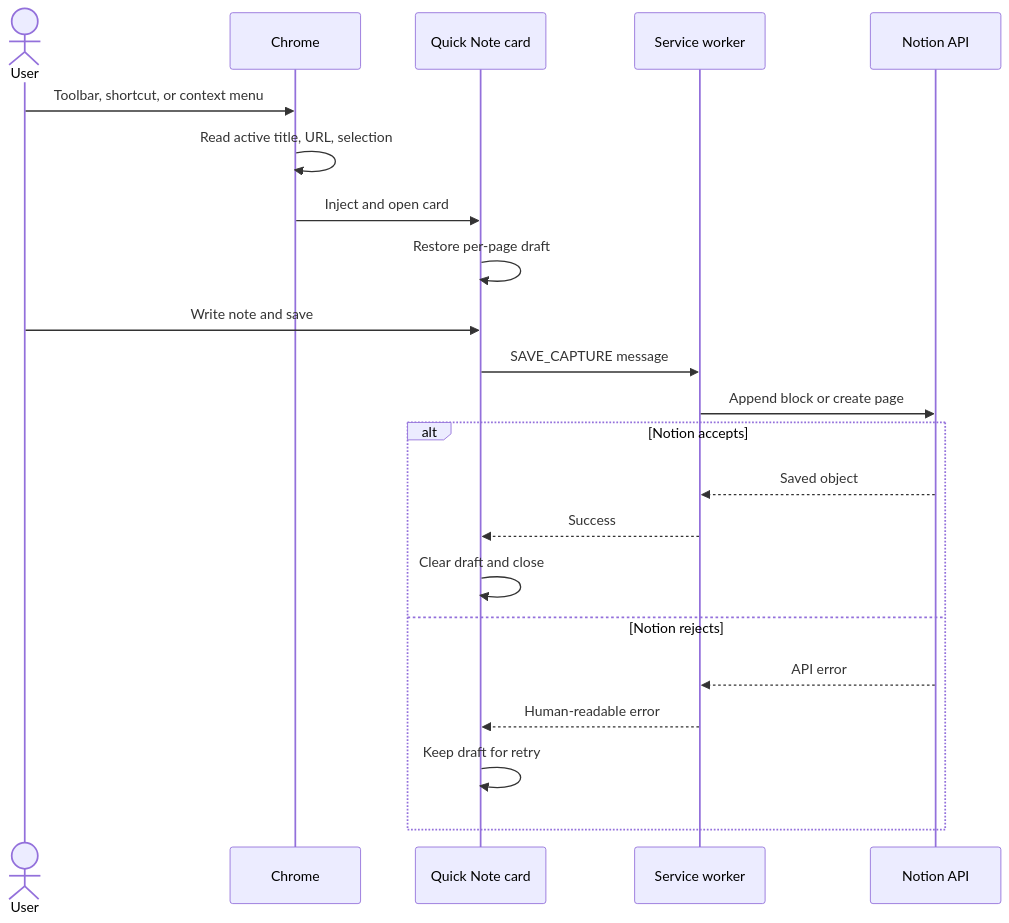
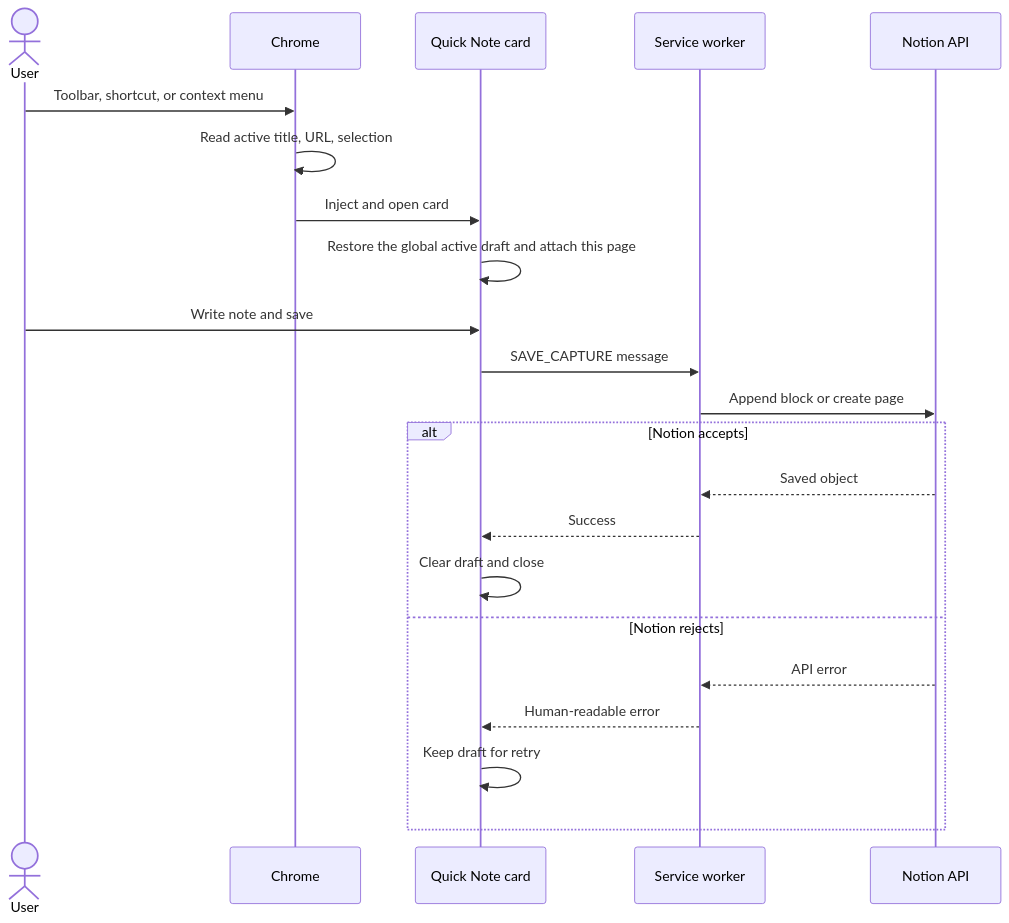
One commit to fantomsuj/notion-quick-note changed the third of 10 diagrams in docs/VISUAL_GUIDE.md. Above: the diagram before and after it, drawn with Mermaid. The commit also changed other lines of this file and 81 other files, not shown here.

````diff
--- a/docs/VISUAL_GUIDE.md
+++ b/docs/VISUAL_GUIDE.md
@@ -54,25 +58,25 @@
 ```mermaid
 sequenceDiagram
   actor U as User
   participant C as Chrome
   participant Q as Quick Note card
   participant W as Service worker
   participant N as Notion API
 
   U->>C: Toolbar, shortcut, or context menu
   C->>C: Read active title, URL, selection
   C->>Q: Inject and open card
-  Q->>Q: Restore per-page draft
+  Q->>Q: Restore the global active draft and attach this page
   U->>Q: Write note and save
   Q->>W: SAVE_CAPTURE message
   W->>N: Append block or create page
   alt Notion accepts
     N-->>W: Saved object
     W-->>Q: Success
     Q->>Q: Clear draft and close
   else Notion rejects
     N-->>W: API error
     W-->>Q: Human-readable error
     Q->>Q: Keep draft for retry
   end
 ```
````
